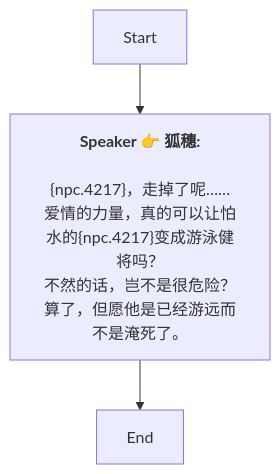
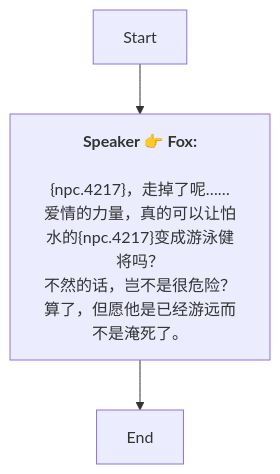
The diagram in Zh/AddDialogNode_1739675987714257.md (SoftHu/tos_avg), drawn with Mermaid before and after one commit. The commit also changed 737 other files, not shown here.

````diff
--- a/Zh/AddDialogNode_1739675987714257.md
+++ b/Zh/AddDialogNode_1739675987714257.md
@@ -1,11 +1,8 @@
 ```mermaid
 graph
-Start -->1739676225311956[<b>Speaker 👉 狐穗:</b>
-
-&lbrace;npc.4217&rbrace;，走掉了呢……
-爱情的力量，真的可以让怕水的&lbrace;npc.4217&rbrace;变成游泳健将吗？
-不然的话，岂不是很危险？
-算了，但愿他是已经游远而不是淹死了。]
+Start -->1739676225311956[<b>Speaker 👉 Fox:</b>
+\n&lbrace;npc.4217&rbrace;，走掉了呢……\n爱情的力量，真的可以让怕水的&lbrace;npc.4217&rbrace;变成游泳健将吗？
+不然的话，岂不是很危险？\n算了，但愿他是已经游远而不是淹死了。]
 1739676225311956 -->1739676973754581[End]
 
- ```
+```
````
